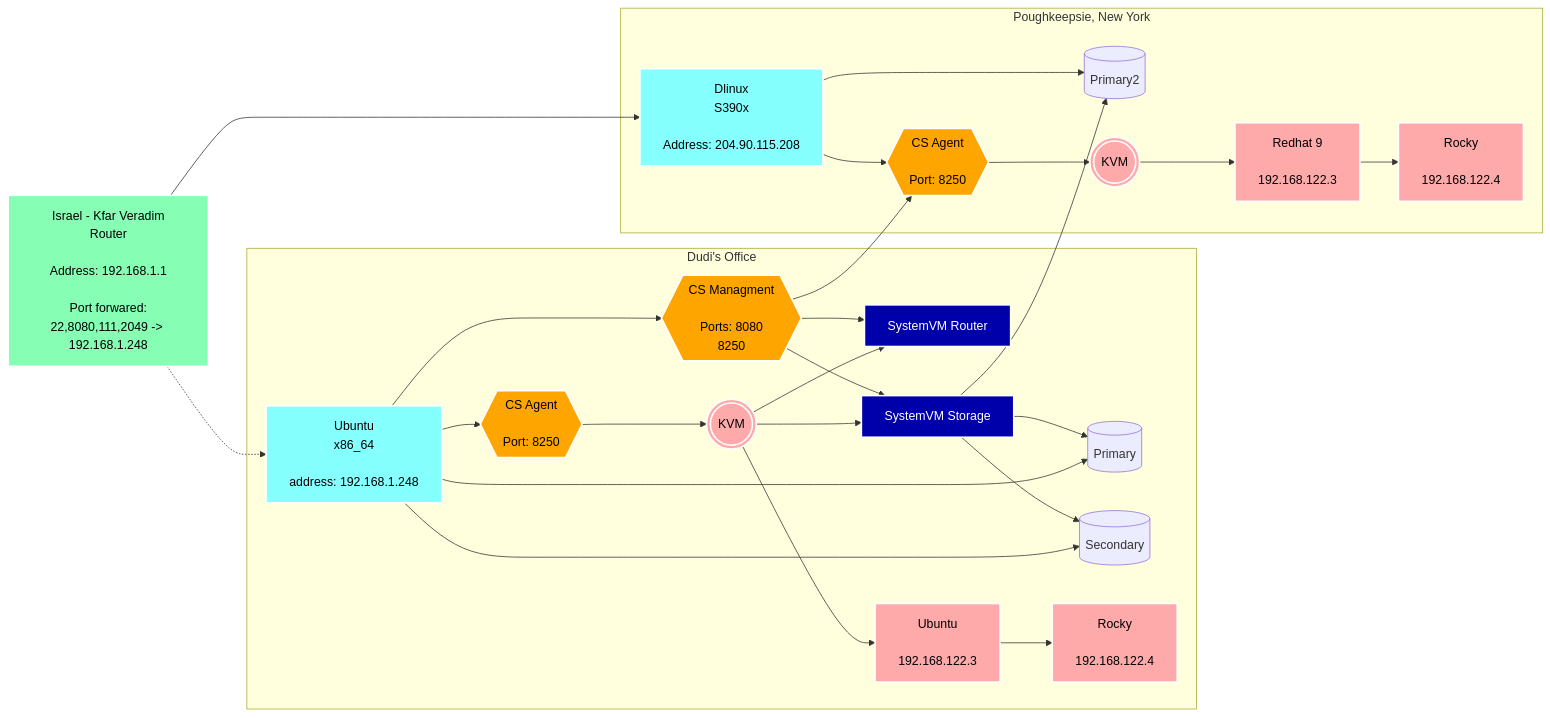
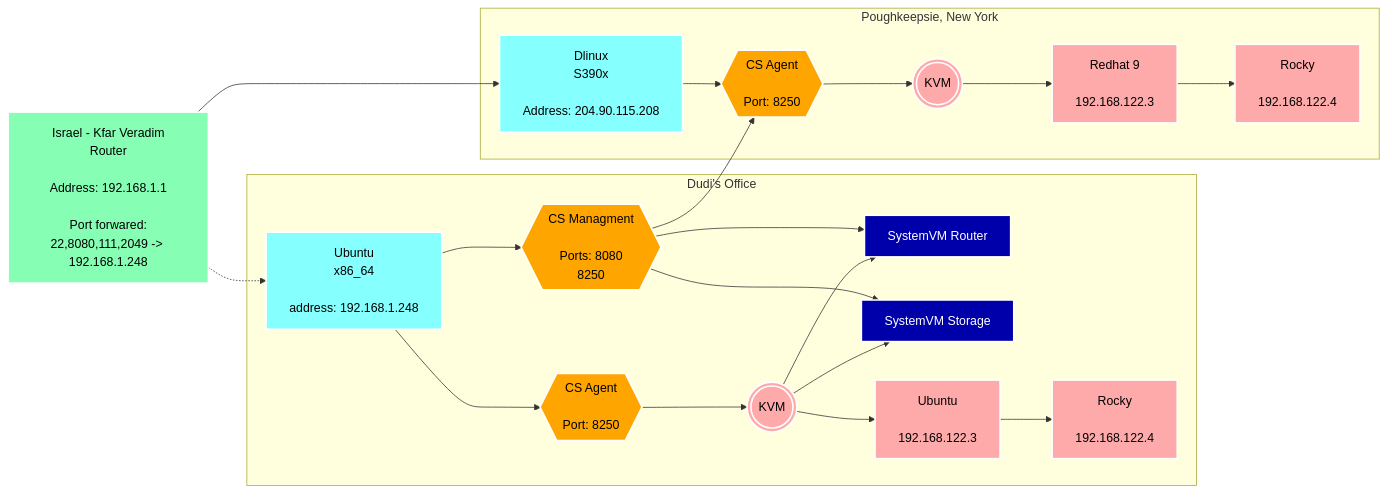
One commit to davidb-logon/scripts changed the first of 2 diagrams in README.md. Above: the diagram before and after it, drawn with Mermaid. The commit also changed other lines of this file, not shown here.

````diff
--- a/README.md
+++ b/README.md
@@ -3,59 +3,56 @@
 ```mermaid
 
 flowchart LR
   node_1["Israel - Kfar Veradim\nRouter\n\nAddress: 192.168.1.1\n\nPort forwared:\n22,8080,111,2049 -#gt; 192.168.1.248"]
 
   subgraph Dudi's Office
-    node_2["Ubuntu\nx86_64\n\naddress: 192.168.1.248"] --> primary1[(Primary)] & secondary[(Secondary)]
+    node_2["Ubuntu\nx86_64\n\naddress: 192.168.1.248"]
     node_4((("KVM")))
     node_6["SystemVM Router"]
     node_7["SystemVM Storage"]
     node_14{{"CS Managment\n\nPorts: 8080\n8250"}}
     node_15{{"CS Agent\n\nPort: 8250"}}
     node_8["Ubuntu\n\n192.168.122.3"]
     node_12["Rocky\n\n192.168.122.4"]
-    
-    
   end
+
   subgraph "Poughkeepsie, New York"
-    node_3["Dlinux\nS390x\n\nAddress: 204.90.115.208"] --> primary2[(Primary2)]
+    node_3["Dlinux\nS390x\n\nAddress: 204.90.115.208"]
     node_11["Redhat 9\n\n192.168.122.3"]
     node_13["Rocky\n\n192.168.122.4"]
     node_5((("KVM")))
     node_16{{"CS Agent\n\nPort: 8250"}}
-    
   end
     
   node_1 -.-> node_2
   node_1 --> node_3
   node_4 --> node_6
   node_4 --> node_7
   node_4 --> node_8
   node_5 --> node_11
   node_8 --> node_12
   node_11 --> node_13
   node_2 --> node_14
   node_14 --> node_6
   node_14 --> node_7
   node_14 --> node_16
   node_2 --> node_15
   node_15 --> node_4
   node_3 --> node_16
   node_16 --> node_5
-  node_7 --> primary1 & secondary & primary2
   style node_1 fill:#86FFB5,color:#000,stroke:#fff,stroke-width:2px
   style node_2 fill:#86FFff,color:#000,stroke:#fff,stroke-width:2px
   style node_3 fill:#86FFff,color:#000,stroke:#fff,stroke-width:2px
   style node_4 fill:#ffaaaa,color:#000,stroke:#fff,stroke-width:2px
   style node_5 fill:#ffaaaa,color:#000,stroke:#fff,stroke-width:2px
   style node_6 fill:#0000aa,color:#fff,stroke:#fff,stroke-width:2px
   style node_7 fill:#0000aa,color:#fff,stroke:#fff,stroke-width:2px
   style node_8 fill:#ffaaaa,color:#000,stroke:#fff,stroke-width:2px
   style node_11 fill:#ffaaaa,color:#000,stroke:#fff,stroke-width:2px
   style node_12 fill:#ffaaaa,color:#000,stroke:#fff,stroke-width:2px
   style node_13 fill:#ffaaaa,color:#000,stroke:#fff,stroke-width:2px
   style node_14 fill:orange,color:#000,stroke:#fff,stroke-width:2px
   style node_15 fill:orange,color:#000,stroke:#fff,stroke-width:2px
   style node_16 fill:orange,color:#000,stroke:#fff,stroke-width:2px
 
 ```
````
